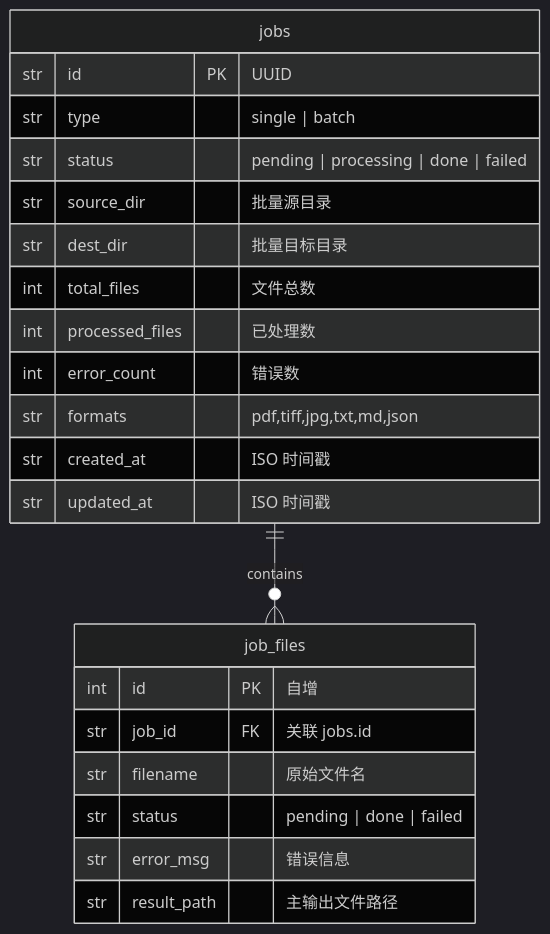
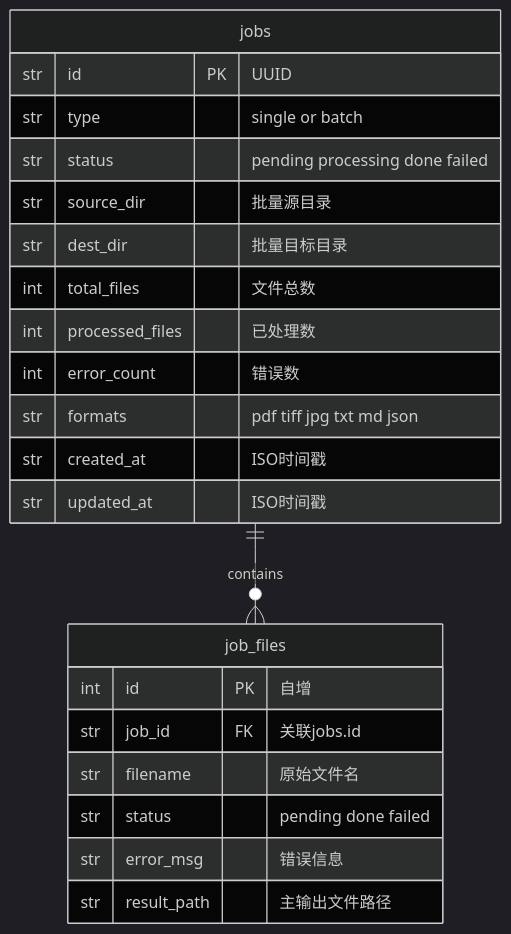
One commit to Terryhelium/pdf2searchable changed the fourth of 6 diagrams in ARCHITECTURE.md. Above: the diagram before and after it, drawn with Mermaid (dark theme). The commit also changed other lines of this file, not shown here.

First line of the commit message:
fix: make mermaid diagrams compatible with Typora

````diff
--- a/ARCHITECTURE.md
+++ b/ARCHITECTURE.md
@@ -222,27 +225,27 @@
 ```mermaid
 erDiagram
     jobs {
         str id PK "UUID"
-        str type "single | batch"
-        str status "pending | processing | done | failed"
+        str type "single or batch"
+        str status "pending processing done failed"
         str source_dir "批量源目录"
         str dest_dir "批量目标目录"
         int total_files "文件总数"
         int processed_files "已处理数"
         int error_count "错误数"
-        str formats "pdf,tiff,jpg,txt,md,json"
-        str created_at "ISO 时间戳"
-        str updated_at "ISO 时间戳"
+        str formats "pdf tiff jpg txt md json"
+        str created_at "ISO时间戳"
+        str updated_at "ISO时间戳"
     }
 
     job_files {
         int id PK "自增"
-        str job_id FK "关联 jobs.id"
+        str job_id FK "关联jobs.id"
         str filename "原始文件名"
-        str status "pending | done | failed"
+        str status "pending done failed"
         str error_msg "错误信息"
         str result_path "主输出文件路径"
     }
 
     jobs ||--o{ job_files : contains
 ```
````
